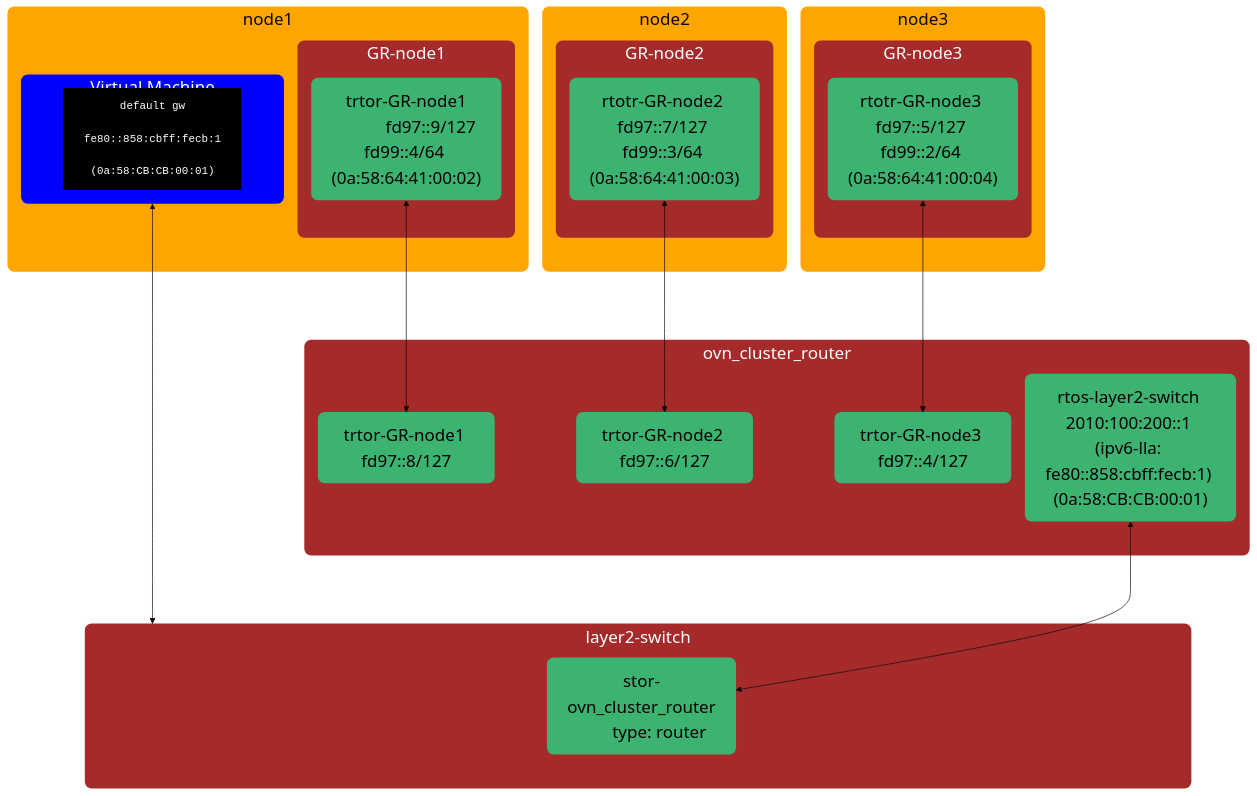
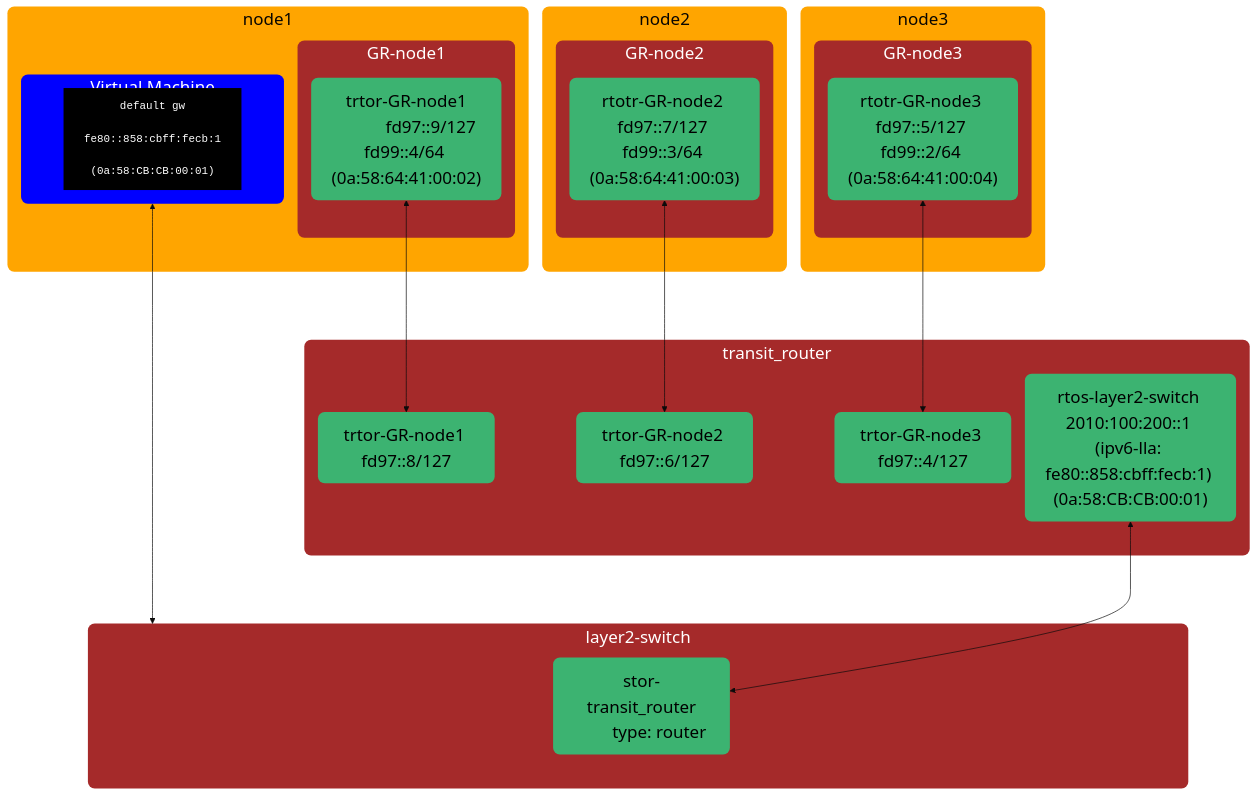
The sixth of 8 diagrams in docs/okeps/okep-5094-layer2-transit-router.md (ovn-kubernetes/ovn-kubernetes), drawn with Mermaid (base theme) before and after one commit. The commit also changed other lines of this file, not shown here.

First line of the commit message:
Rename ovn_cluster_router to transit_router

````diff
--- a/docs/okeps/okep-5094-layer2-transit-router.md
+++ b/docs/okeps/okep-5094-layer2-transit-router.md
@@ -395,64 +381,64 @@
 ```mermaid
 %%{init: {"nodeSpacing": 20, "rankSpacing": 100}}%%
 flowchart TD
     classDef nodeStyle fill:orange,stroke:none,rx:10px,ry:10px,font-size:25px;
     classDef vmStyle fill:blue,stroke:none,color:white,rx:10px,ry:10px,font-size:25px;
     classDef portStyle fill:#3CB371,color:black,stroke:none,rx:10px,ry:10px,font-size:25px;
     classDef routerStyle fill:brown,color:white,stroke:none,rx:10px,ry:10px,font-size:25px;
     classDef switchStyle fill:brown,color:white,stroke:none,rx:10px,ry:10px,font-size:25px;
     classDef termStyle font-family:monospace,fill:black,stroke:none,color:white;
     subgraph node1["node1"]
         subgraph GR-node1
             rtotr-GR-node1["trtor-GR-node1
             fd97::9/127 fd99::4/64 (0a:58:64:41:00:02)"]
         end
         subgraph VM["Virtual Machine"]
             class VM vmStyle;
             term["default gw
             fe80::858:cbff:fecb:1
             (0a:58:CB:CB:00:01)"]
         end
     end
     subgraph node2
         subgraph GR-node2
             rtotr-GR-node2["rtotr-GR-node2 fd97::7/127 fd99::3/64 (0a:58:64:41:00:03)"]
         end
     end
     subgraph node3
         subgraph GR-node3
             rtotr-GR-node3["rtotr-GR-node3 fd97::5/127 fd99::2/64 (0a:58:64:41:00:04)"]
         end
     end
     subgraph layer2-switch
-        stor-ovn_cluster_router["stor-ovn_cluster_router
+        stor-transit_router["stor-transit_router
         type: router"]
     end
-    subgraph ovn_cluster_router["ovn_cluster_router "]
+    subgraph transit_router["transit_router "]
         trtor-GR-node1["trtor-GR-node1 fd97::8/127"]
         trtor-GR-node2["trtor-GR-node2 fd97::6/127"]
         trtor-GR-node3["trtor-GR-node3 fd97::4/127"]
         rtos-layer2-switch["rtos-layer2-switch 2010:100:200::1 (ipv6-lla: fe80::858:cbff:fecb:1) (0a:58:CB:CB:00:01)"]
     end
     rtotr-GR-node1 <--> trtor-GR-node1
     rtotr-GR-node2 <--> trtor-GR-node2
     rtotr-GR-node3 <--> trtor-GR-node3
     VM <-->layer2-switch
-    rtos-layer2-switch <--> stor-ovn_cluster_router
+    rtos-layer2-switch <--> stor-transit_router
 
     class VM vmStyle;
     class rtotr-GR-node1 portStyle;
     class rtotr-GR-node2 portStyle;
     class rtotr-GR-node3 portStyle;
     class trtor-GR-node1 portStyle;
     class trtor-GR-node2 portStyle;
     class trtor-GR-node3 portStyle;
-    class stor-ovn_cluster_router portStyle;
+    class stor-transit_router portStyle;
     class rtos-layer2-switch portStyle;
     class GR-node1 routerStyle;
     class GR-node2 routerStyle;
     class GR-node3 routerStyle;
-    class ovn_cluster_router routerStyle;
+    class transit_router routerStyle;
     class layer2-switch switchStyle
     class term termStyle;
     class node1,node2,node3 nodeStyle;
 ```
````
